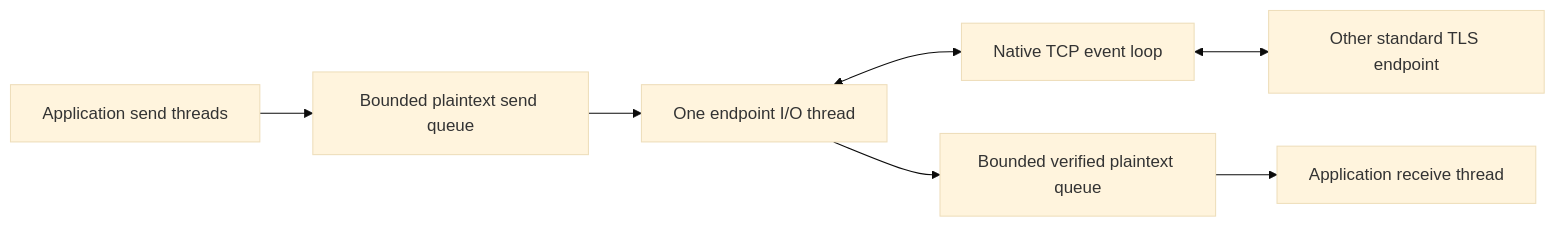
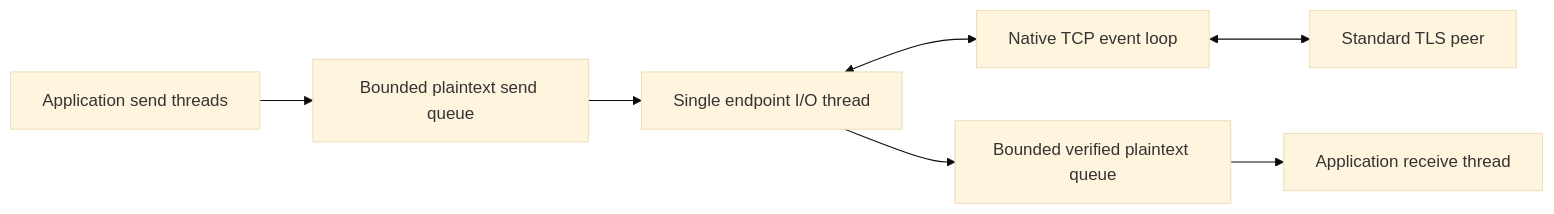
Before and after one commit to HuangX666/hx_c_platform: the diagram in docs/TLS.md, drawn with Mermaid (base theme). The commit also changed other lines of this file and 135 other files, not shown here.

````diff
--- a/docs/TLS.md
+++ b/docs/TLS.md
@@ -177,9 +172,9 @@
 ```mermaid
 flowchart LR
     S[Application send threads] --> T[Bounded plaintext send queue]
-    T --> W[One endpoint I/O thread]
+    T --> W[Single endpoint I/O thread]
     W <--> N[Native TCP event loop]
-    N <--> P[Other standard TLS endpoint]
+    N <--> P[Standard TLS peer]
     W --> R[Bounded verified plaintext queue]
     R --> A[Application receive thread]
 ```
````
